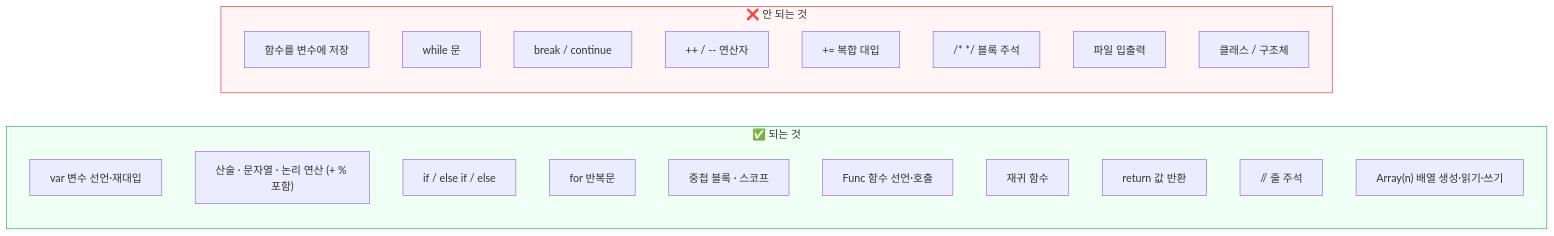
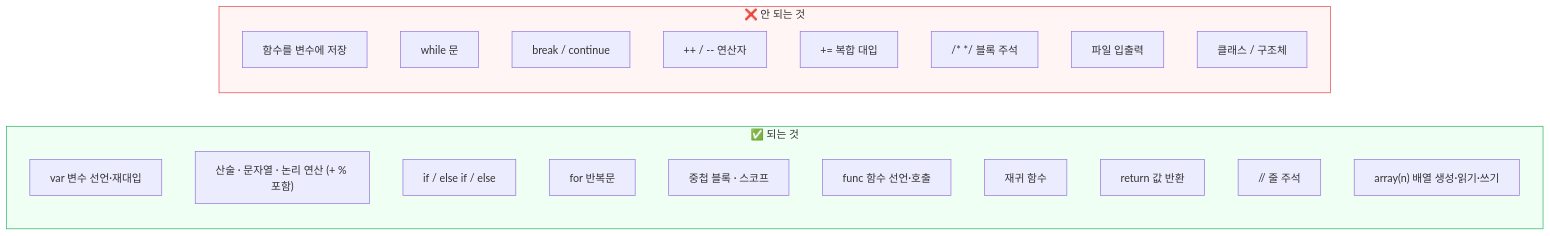
The diagram in manual.md (jwoonng/CRA_Interpreter_B), drawn with Mermaid before and after one commit. The commit also changed other lines of this file and 1 other file, not shown here.

````diff
--- a/manual.md
+++ b/manual.md
@@ -314,31 +364,31 @@
 ```mermaid
 flowchart LR
     subgraph YES ["✅ 되는 것"]
         direction TB
         y1["var 변수 선언·재대입"]
         y2["산술 · 문자열 · 논리 연산 (+ % 포함)"]
         y3["if / else if / else"]
         y4["for 반복문"]
         y5["중첩 블록 · 스코프"]
-        y6["Func 함수 선언·호출"]
+        y6["func 함수 선언·호출"]
         y7["재귀 함수"]
         y8["return 값 반환"]
         y9["// 줄 주석"]
-        y10["Array(n) 배열 생성·읽기·쓰기"]
+        y10["array(n) 배열 생성·읽기·쓰기"]
     end
 
     subgraph NO ["❌ 안 되는 것"]
         direction TB
         n1["함수를 변수에 저장"]
         n2["while 문"]
         n3["break / continue"]
         n4["++ / -- 연산자"]
         n5["+= 복합 대입"]
         n6["/* */ 블록 주석"]
         n7["파일 입출력"]
         n8["클래스 / 구조체"]
     end
 
     style YES fill:#f0fff4,stroke:#27ae60
     style NO fill:#fff5f5,stroke:#e53e3e
 ```
````
